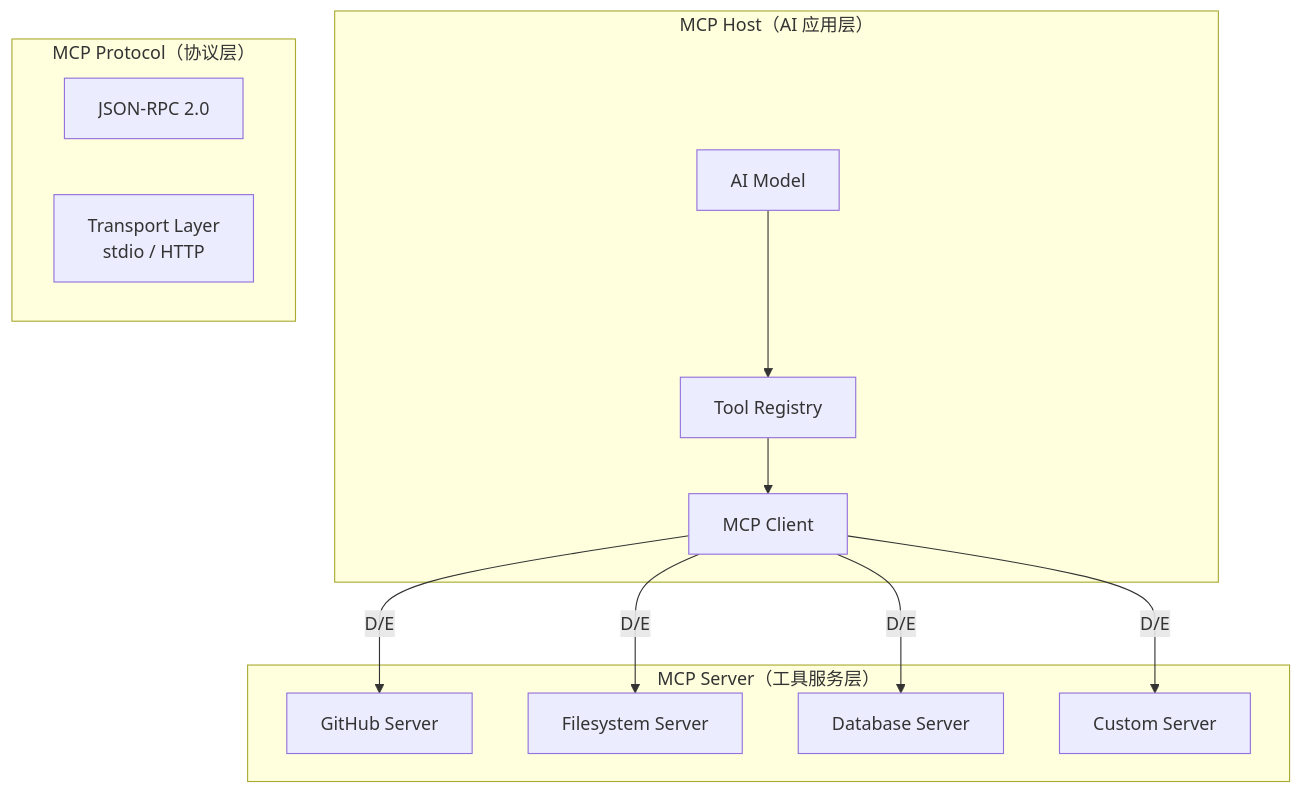
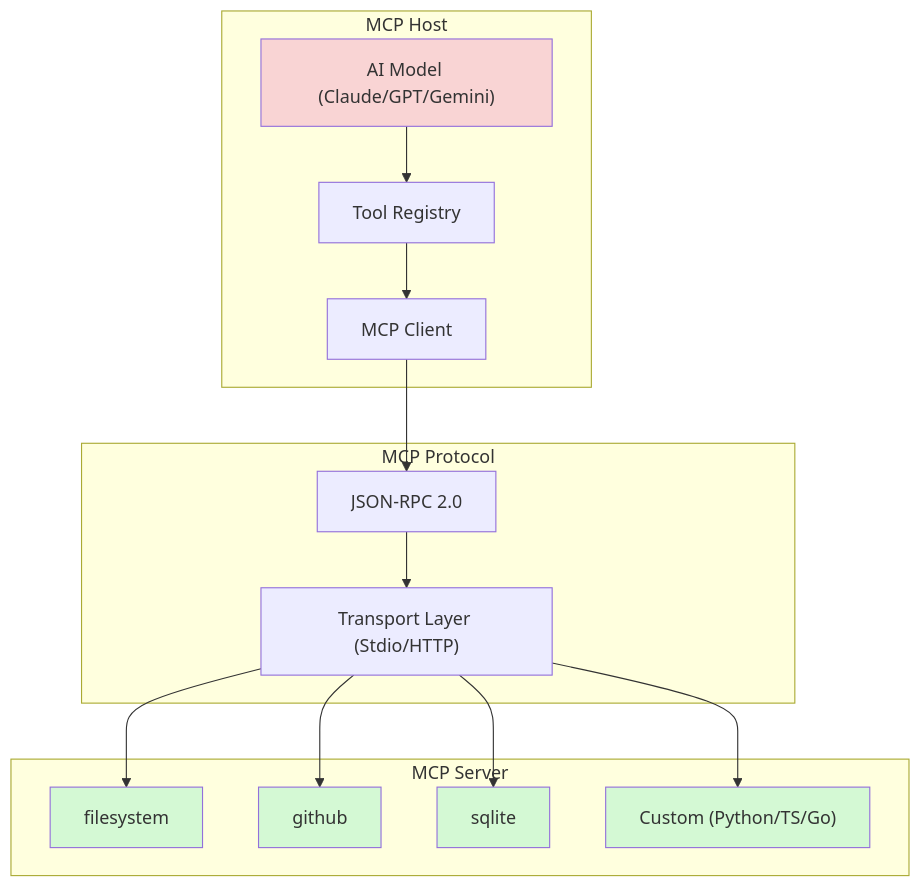
The first of 3 diagrams in source/_posts/2026-04-23-mcp-deep-dive.md (xuqi2024/xuqi2024.github.io), drawn with Mermaid before and after one commit. The commit also changed other lines of this file, not shown here.

````diff
--- a/source/_posts/2026-04-23-mcp-deep-dive.md
+++ b/source/_posts/2026-04-23-mcp-deep-dive.md
@@ -34,27 +98,29 @@
 ```mermaid
 graph TB
-    subgraph "MCP Host（AI 应用层）"
-        A[AI Model]
-        B[Tool Registry]
-        C[MCP Client]
+    subgraph "MCP Host"
+        A["AI Model (Claude/GPT/Gemini)"]
+        B["Tool Registry"]
+        C["MCP Client"]
     end
-    
-    subgraph "MCP Protocol（协议层）"
-        D[JSON-RPC 2.0]
-        E[Transport Layer<br/>stdio / HTTP]
+    subgraph "MCP Protocol"
+        D["JSON-RPC 2.0"]
+        E["Transport Layer (Stdio/HTTP)"]
     end
-    
-    subgraph "MCP Server（工具服务层）"
-        F[GitHub Server]
-        G[Filesystem Server]
-        H[Database Server]
-        I[Custom Server]
+    subgraph "MCP Server"
+        F["filesystem"]
+        G["github"]
+        H["sqlite"]
+        I["Custom (Python/TS/Go)"]
     end
-    
-    A --> B
-    B --> C
-    C -->|D/E| F
-    C -->|D/E| G
-    C -->|D/E| H
-    C -->|D/E| I
+    A --> B --> C
+    C --> D --> E
+    E --> F
+    E --> G
+    E --> H
+    E --> I
+    style A fill:#f9d4d4
+    style F fill:#d4f9d4
+    style G fill:#d4f9d4
+    style H fill:#d4f9d4
+    style I fill:#d4f9d4
 ```
````
